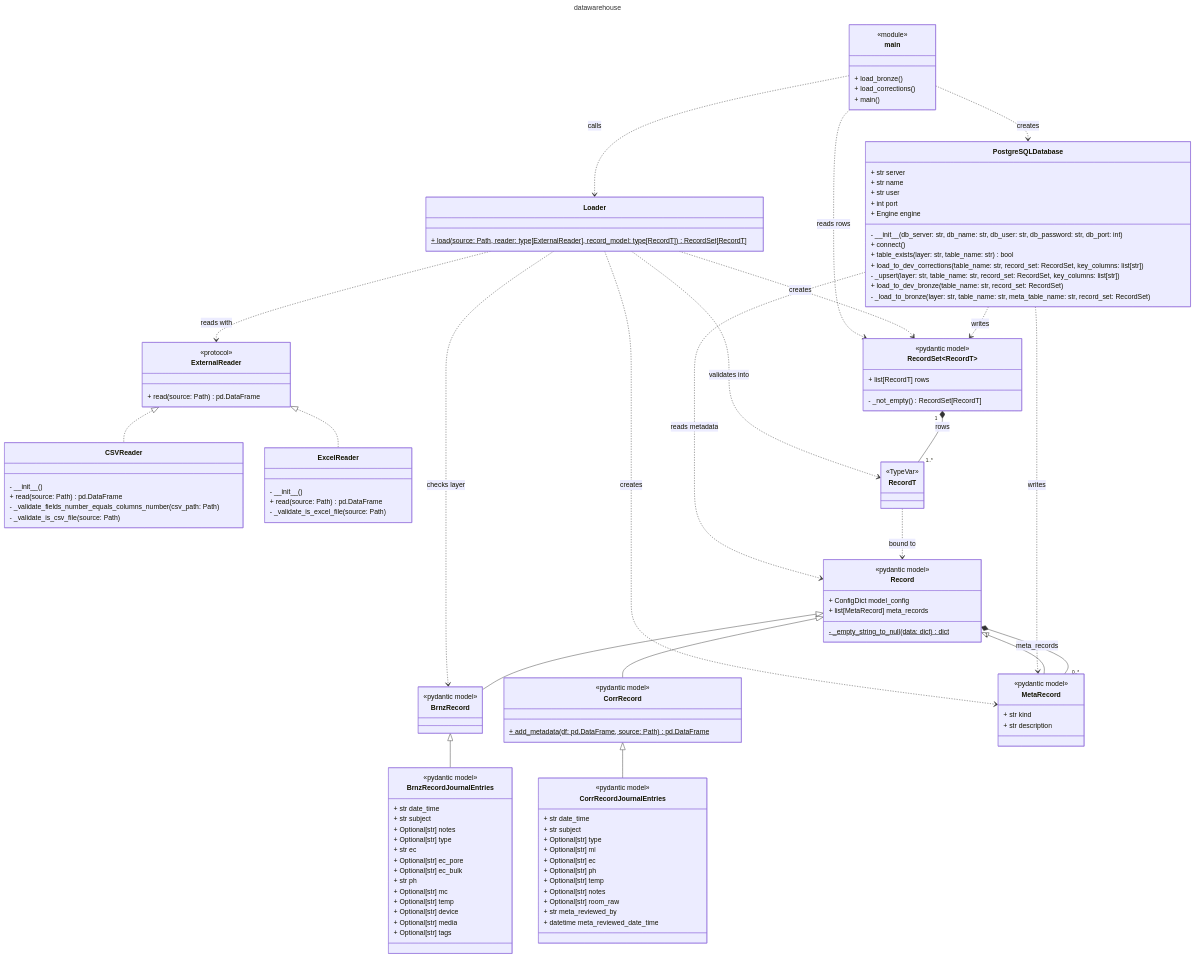
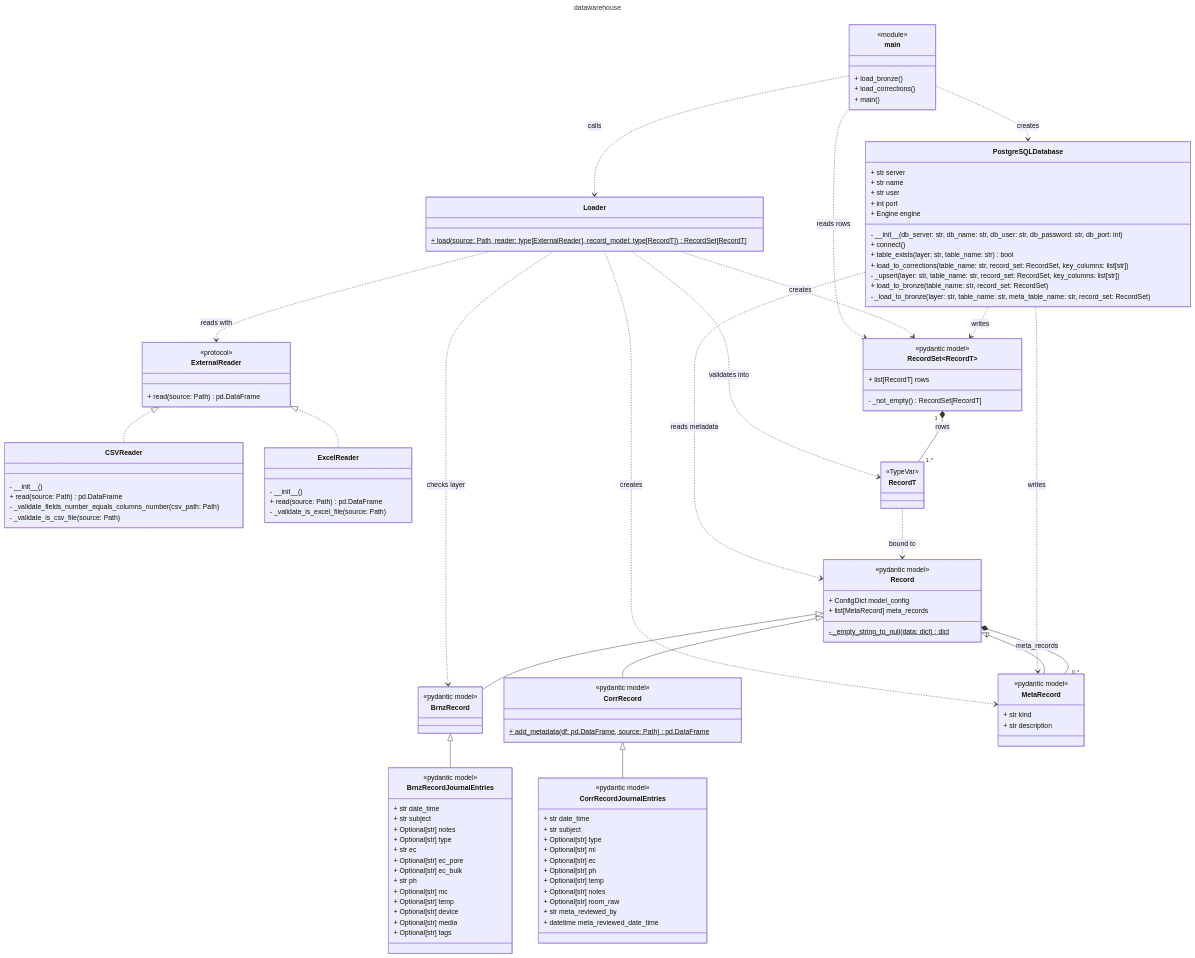
One commit to le1douglas/DataWarehouse changed the diagram in docs/CLASS_DIAGRAM.md. Above: the diagram before and after it, drawn with Mermaid. The commit also changed 24 other files, not shown here.

Commit message:
removed mentions of dev_ prefix. both prod and dev schema start with dw_

```diff
--- a/docs/CLASS_DIAGRAM.md
+++ b/docs/CLASS_DIAGRAM.md
@@ -29,9 +29,9 @@
         - \_\_init__(db_server: str, db_name: str, db_user: str, db_password: str, db_port: int)
         + connect()
         + table_exists(layer: str, table_name: str) bool
-        + load_to_dev_corrections(table_name: str, record_set: RecordSet, key_columns: list[str])
+        + load_to_corrections(table_name: str, record_set: RecordSet, key_columns: list[str])
         - \_upsert(layer: str, table_name: str, record_set: RecordSet, key_columns: list[str])
-        + load_to_dev_bronze(table_name: str, record_set: RecordSet)
+        + load_to_bronze(table_name: str, record_set: RecordSet)
         - \_load_to_bronze(layer: str, table_name: str, meta_table_name: str, record_set: RecordSet)
     }
 
```
